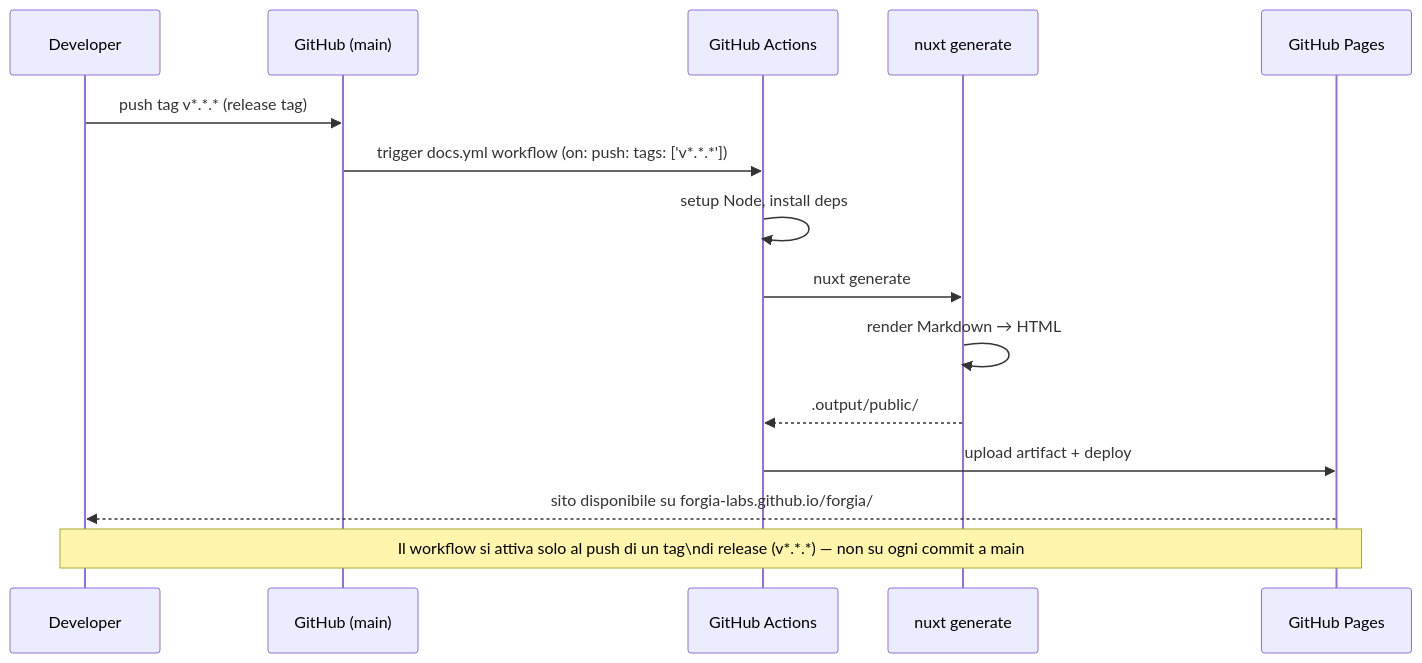
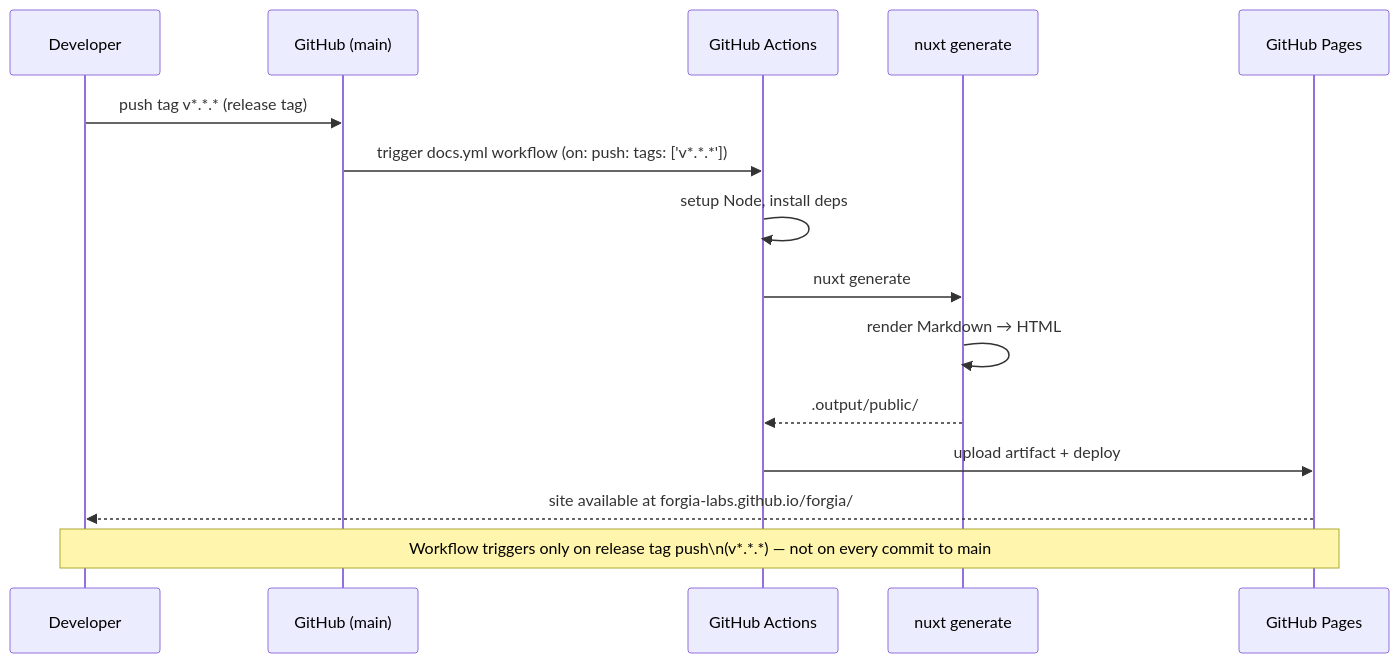
One commit to Forgia-Labs/forgia changed the second of 2 diagrams in .forgia/fd/FD-007-docs-website-nuxt.md. Above: the diagram before and after it, drawn with Mermaid. The commit also changed other lines of this file and 4 other files, not shown here.

````diff
--- a/.forgia/fd/FD-007-docs-website-nuxt.md
+++ b/.forgia/fd/FD-007-docs-website-nuxt.md
@@ -93,19 +93,19 @@
 ```mermaid
 sequenceDiagram
     participant Dev as Developer
     participant Git as GitHub (main)
     participant CI as GitHub Actions
     participant Nuxt as nuxt generate
     participant Pages as GitHub Pages
 
     Dev->>Git: push tag v*.*.* (release tag)
     Git->>CI: trigger docs.yml workflow (on: push: tags: ['v*.*.*'])
     CI->>CI: setup Node, install deps
     CI->>Nuxt: nuxt generate
     Nuxt->>Nuxt: render Markdown → HTML
     Nuxt-->>CI: .output/public/
     CI->>Pages: upload artifact + deploy
-    Pages-->>Dev: sito disponibile su forgia-labs.github.io/forgia/
+    Pages-->>Dev: site available at forgia-labs.github.io/forgia/
 
-    Note over Dev,Pages: Il workflow si attiva solo al push di un tag\ndi release (v*.*.*) — non su ogni commit a main
+    Note over Dev,Pages: Workflow triggers only on release tag push\n(v*.*.*) — not on every commit to main
 ```
````
